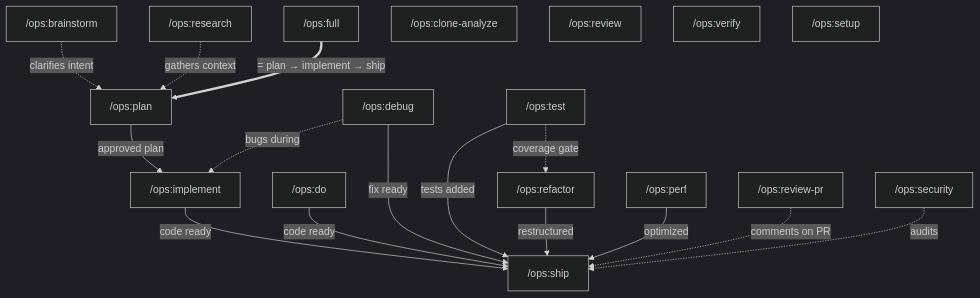
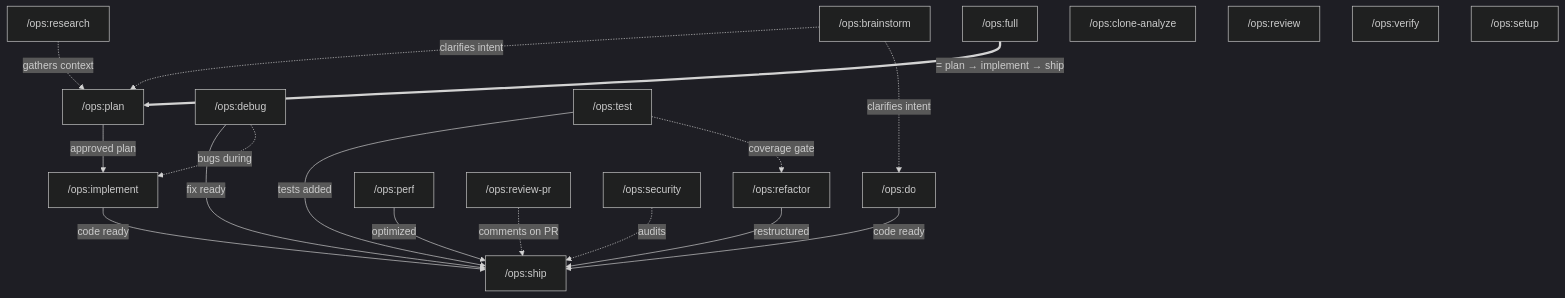
The first of 15 diagrams in README.md (gigi206/ops), drawn with Mermaid (dark theme) before and after one commit. The commit also changed other lines of this file and 10 other files, not shown here.

````diff
--- a/README.md
+++ b/README.md
@@ -45,38 +45,39 @@
 ```mermaid
 flowchart TD
     %% Pre-work
     brainstorm["/ops:brainstorm"] -.->|clarifies intent| plan
+    brainstorm -.->|clarifies intent| do
     research["/ops:research"] -.->|gathers context| plan
 
     %% Main pipeline
     plan["/ops:plan"] -->|approved plan| implement["/ops:implement"]
     implement -->|code ready| ship["/ops:ship"]
 
     %% Full chains the main pipeline
     full["/ops:full"] ==>|"= plan → implement → ship"| plan
 
     %% Lightweight alternative
     do["/ops:do"] -->|code ready| ship
 
     %% Bug fixing
     debug["/ops:debug"] -->|fix ready| ship
     debug -.->|bugs during| implement
 
     %% Testing & refactoring
     test["/ops:test"] -->|tests added| ship
     test -.->|coverage gate| refactor
     refactor["/ops:refactor"] -->|restructured| ship
 
     %% Performance
     perf["/ops:perf"] -->|optimized| ship
 
     %% Reviews & audits
     review-pr["/ops:review-pr"] -.->|comments on PR| ship
     security["/ops:security"] -.->|audits| ship
 
     %% Always active or standalone (no edges — behavioral or independent)
     clone-analyze["/ops:clone-analyze"]
     review["/ops:review"]
     verify["/ops:verify"]
     setup["/ops:setup"]
 ```
````
